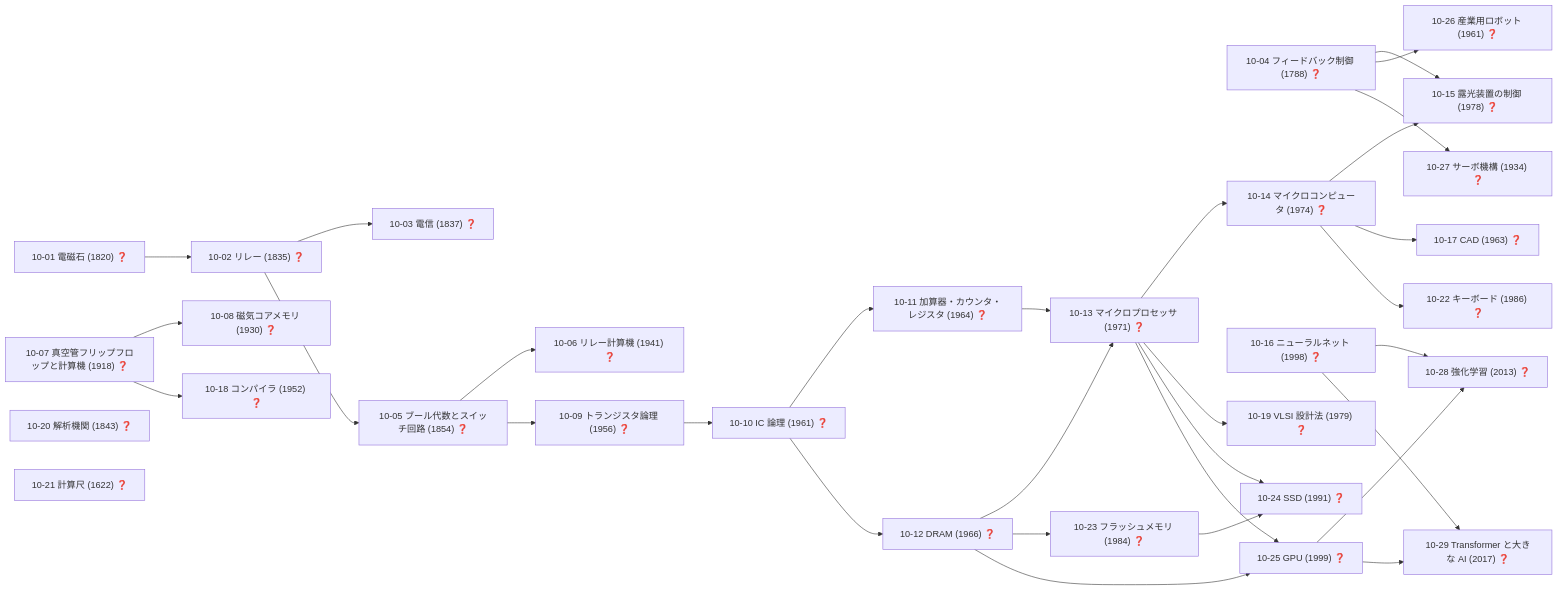
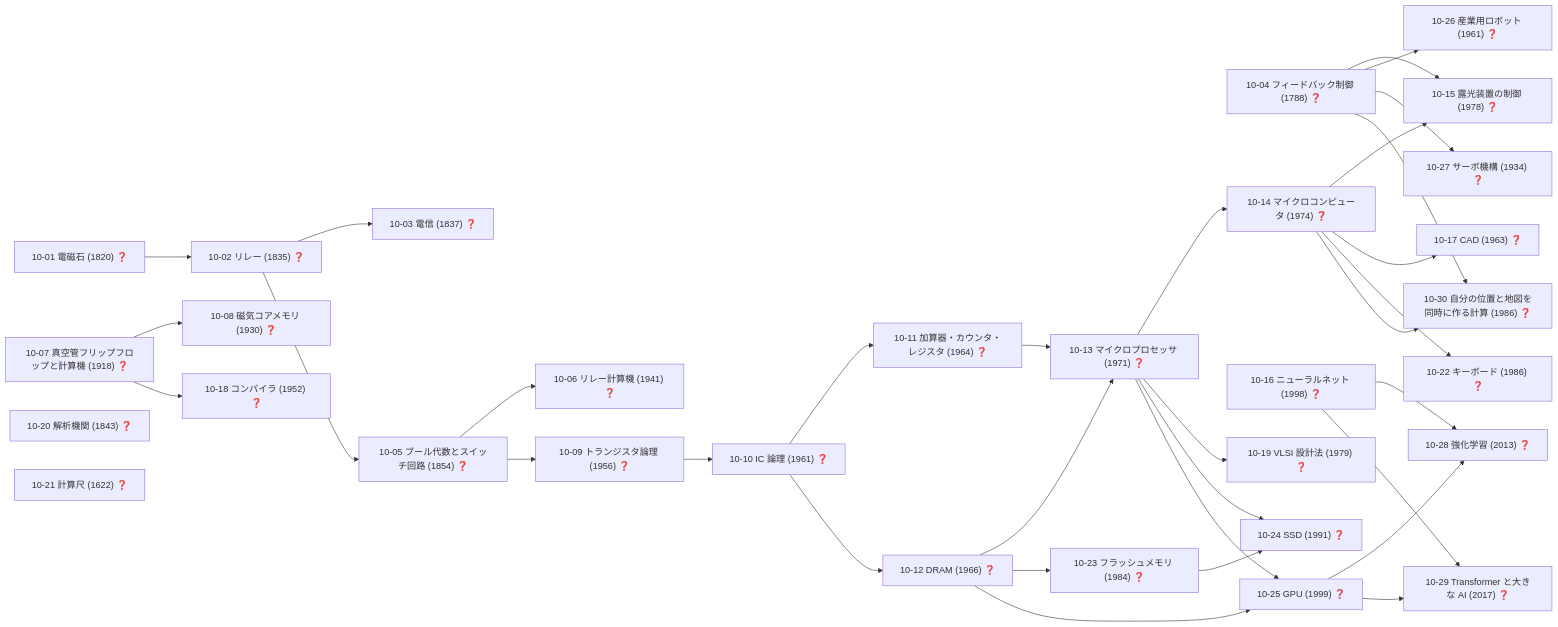
One commit to taku3i0317-collab/semiconductor-lab changed diagram 13 of 19 in docs/TECH_TREE_VIEW.md. Above: the diagram before and after it, drawn with Mermaid. The commit also changed other lines of this file and 16 other files, not shown here.

````diff
--- a/docs/TECH_TREE_VIEW.md
+++ b/docs/TECH_TREE_VIEW.md
@@ -701,61 +721,64 @@
 ```mermaid
 graph LR
   n10_01["10-01 電磁石 (1820) ❓"]
   n10_02["10-02 リレー (1835) ❓"]
   n10_03["10-03 電信 (1837) ❓"]
   n10_04["10-04 フィードバック制御 (1788) ❓"]
   n10_05["10-05 ブール代数とスイッチ回路 (1854) ❓"]
   n10_06["10-06 リレー計算機 (1941) ❓"]
   n10_07["10-07 真空管フリップフロップと計算機 (1918) ❓"]
   n10_08["10-08 磁気コアメモリ (1930) ❓"]
   n10_09["10-09 トランジスタ論理 (1956) ❓"]
   n10_10["10-10 IC 論理 (1961) ❓"]
   n10_11["10-11 加算器・カウンタ・レジスタ (1964) ❓"]
   n10_12["10-12 DRAM (1966) ❓"]
   n10_13["10-13 マイクロプロセッサ (1971) ❓"]
   n10_14["10-14 マイクロコンピュータ (1974) ❓"]
   n10_15["10-15 露光装置の制御 (1978) ❓"]
   n10_16["10-16 ニューラルネット (1998) ❓"]
   n10_17["10-17 CAD (1963) ❓"]
   n10_18["10-18 コンパイラ (1952) ❓"]
   n10_19["10-19 VLSI 設計法 (1979) ❓"]
   n10_20["10-20 解析機関 (1843) ❓"]
   n10_21["10-21 計算尺 (1622) ❓"]
   n10_22["10-22 キーボード (1986) ❓"]
   n10_23["10-23 フラッシュメモリ (1984) ❓"]
   n10_24["10-24 SSD (1991) ❓"]
   n10_25["10-25 GPU (1999) ❓"]
   n10_26["10-26 産業用ロボット (1961) ❓"]
   n10_27["10-27 サーボ機構 (1934) ❓"]
   n10_28["10-28 強化学習 (2013) ❓"]
   n10_29["10-29 Transformer と大きな AI (2017) ❓"]
+  n10_30["10-30 自分の位置と地図を同時に作る計算 (1986) ❓"]
   n10_01-->n10_02
   n10_02-->n10_03
   n10_02-->n10_05
   n10_05-->n10_06
   n10_07-->n10_08
   n10_05-->n10_09
   n10_09-->n10_10
   n10_10-->n10_11
   n10_10-->n10_12
   n10_11-->n10_13
   n10_12-->n10_13
   n10_13-->n10_14
   n10_04-->n10_15
   n10_14-->n10_15
   n10_14-->n10_17
   n10_07-->n10_18
   n10_13-->n10_19
   n10_14-->n10_22
   n10_12-->n10_23
   n10_13-->n10_24
   n10_23-->n10_24
   n10_12-->n10_25
   n10_13-->n10_25
   n10_04-->n10_26
   n10_04-->n10_27
   n10_16-->n10_28
   n10_25-->n10_28
   n10_16-->n10_29
   n10_25-->n10_29
+  n10_04-->n10_30
+  n10_14-->n10_30
 ```
````
